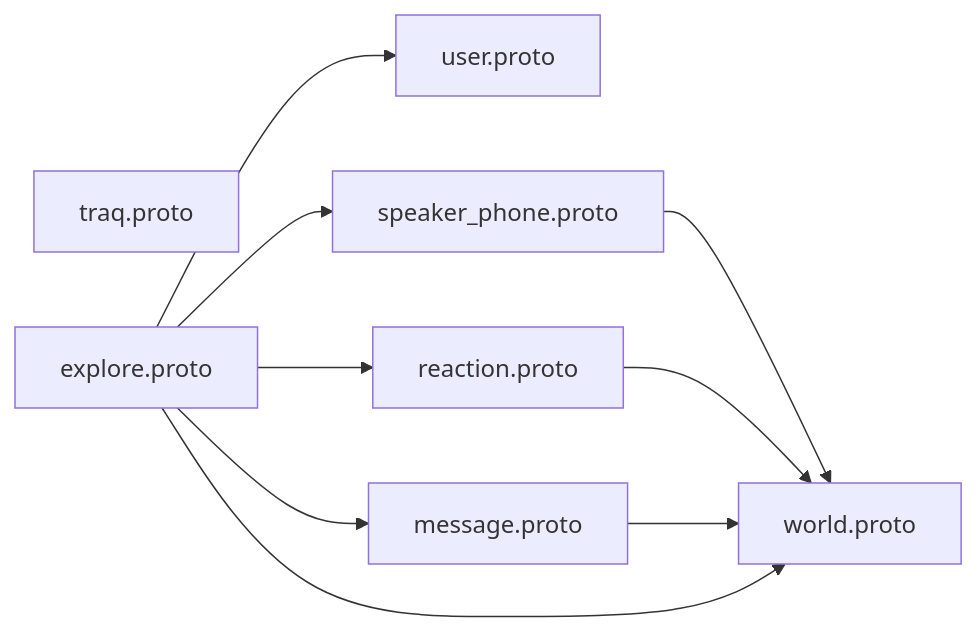
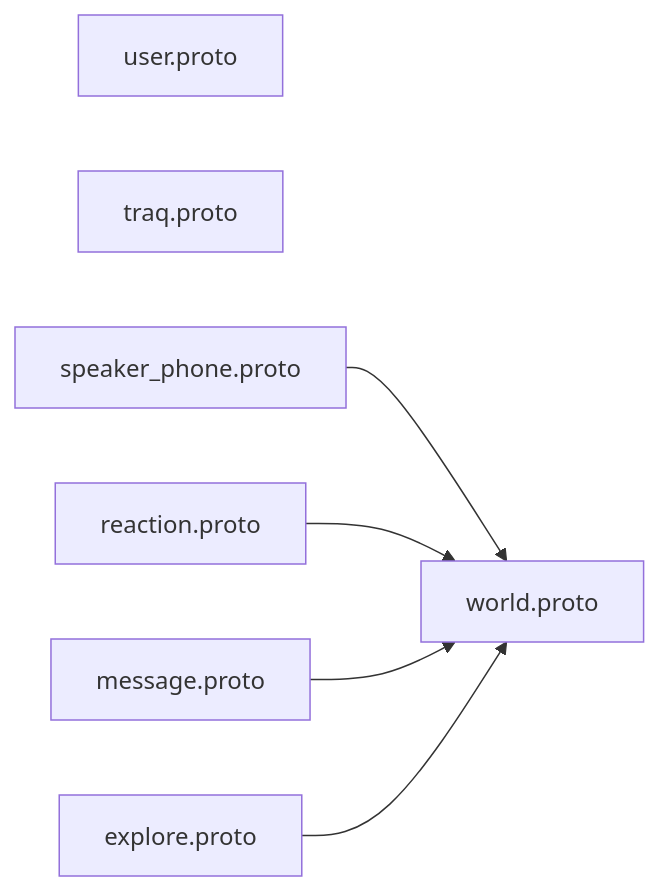
The diagram in proto/README.md (traP-jp/h24w_14), drawn with Mermaid before and after one commit.

Commit message:
:pencil: Update README

````diff
--- a/proto/README.md
+++ b/proto/README.md
@@ -3,19 +3,15 @@
 ```mermaid
 graph LR
     World[world.proto]
     User[user.proto]
     Traq[traq.proto]
     SpeakerPhone[speaker_phone.proto]
     Reaction[reaction.proto]
     Message[message.proto]
     Explore[explore.proto]
 
     SpeakerPhone --> World
     Reaction --> World
     Message --> World
     Explore --> World
-    Explore --> SpeakerPhone
-    Explore --> Reaction
-    Explore --> Message
-    Explore --> User
 ```
````
